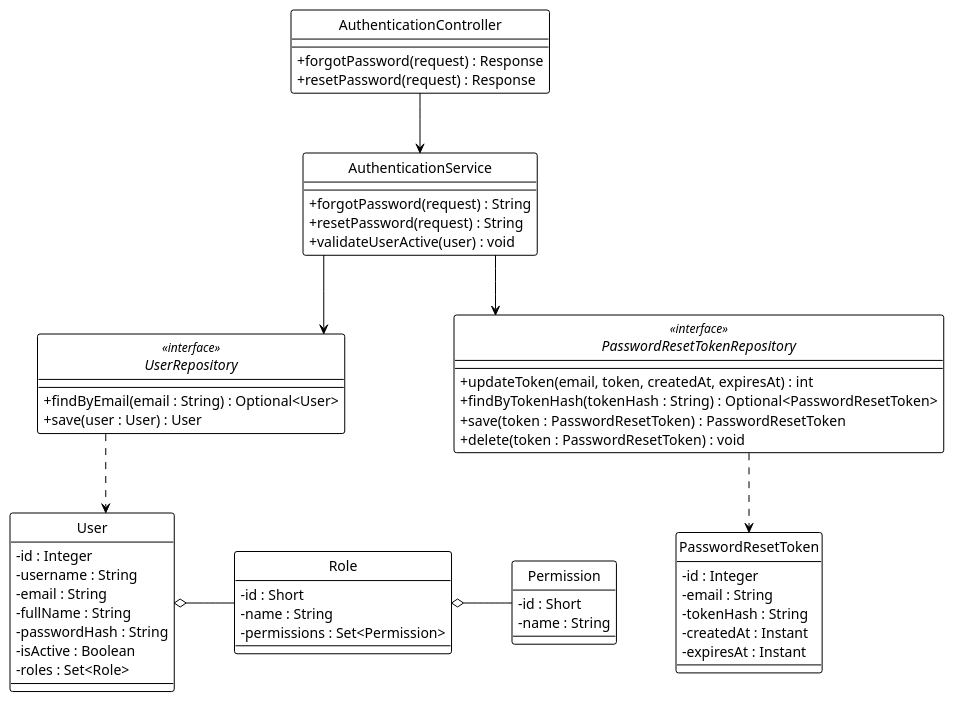
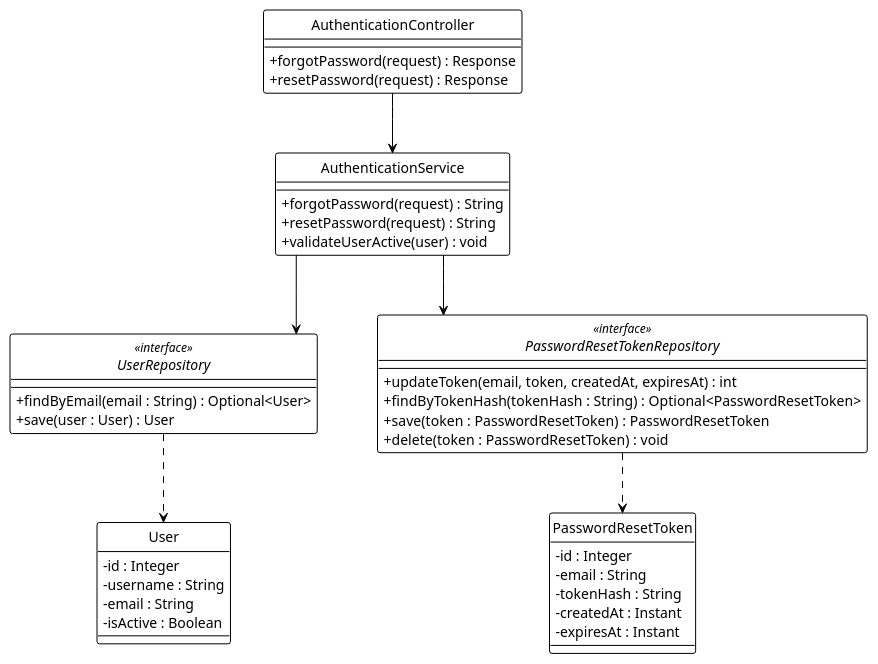
Before and after one commit to Ndh474/context: the diagram in system_detailed_design/04_forgot_password/class_diagram_forgot_password.puml, drawn with PlantUML. The commit also changed 23 other files, not shown here.

```diff
--- a/system_detailed_design/04_forgot_password/class_diagram_forgot_password.puml
+++ b/system_detailed_design/04_forgot_password/class_diagram_forgot_password.puml
@@ -1,80 +1,62 @@
 @startuml forgot_password
 !theme plain
 hide circle
 skinparam classAttributeIconSize 0
 
 ' --- CẤU HÌNH "ORTHO" (BẮT BUỘC) ---
 skinparam linetype ortho
 skinparam nodesep 60
 skinparam ranksep 60
 
 ' --- CONTROLLER ---
 class AuthenticationController {
   + forgotPassword(request) : Response
   + resetPassword(request) : Response
 }
 
 ' --- SERVICE ---
 class AuthenticationService {
   + forgotPassword(request) : String
   + resetPassword(request) : String
   + validateUserActive(user) : void
 }
 
 ' --- REPOSITORIES ---
 interface UserRepository <<interface>> {
   + findByEmail(email : String) : Optional<User>
   + save(user : User) : User
 }
 
 interface PasswordResetTokenRepository <<interface>> {
   + updateToken(email, token, createdAt, expiresAt) : int
   + findByTokenHash(tokenHash : String) : Optional<PasswordResetToken>
   + save(token : PasswordResetToken) : PasswordResetToken
   + delete(token : PasswordResetToken) : void
 }
 
 ' --- ENTITIES ---
 class User {
   - id : Integer
   - username : String
   - email : String
-  - fullName : String
-  - passwordHash : String
   - isActive : Boolean
-  - roles : Set<Role>
 }
 
 class PasswordResetToken {
   - id : Integer
   - email : String
   - tokenHash : String
   - createdAt : Instant
   - expiresAt : Instant
-}
-
-class Role {
-  - id : Short
-  - name : String
-  - permissions : Set<Permission>
-}
-
-class Permission {
-  - id : Short
-  - name : String
 }
 
 ' --- DEPENDENCY INJECTION (Association) ---
 AuthenticationController -down-> AuthenticationService
 AuthenticationService -down-> UserRepository
 AuthenticationService -down-> PasswordResetTokenRepository
 
 ' --- REPOSITORY USAGE (Dependency) ---
 UserRepository .down.> User
 PasswordResetTokenRepository .down.> PasswordResetToken
 
-' --- ENTITY RELATIONSHIPS (Aggregation) ---
-User o-right- Role
-Role o-right- Permission
-
 @enduml
```
